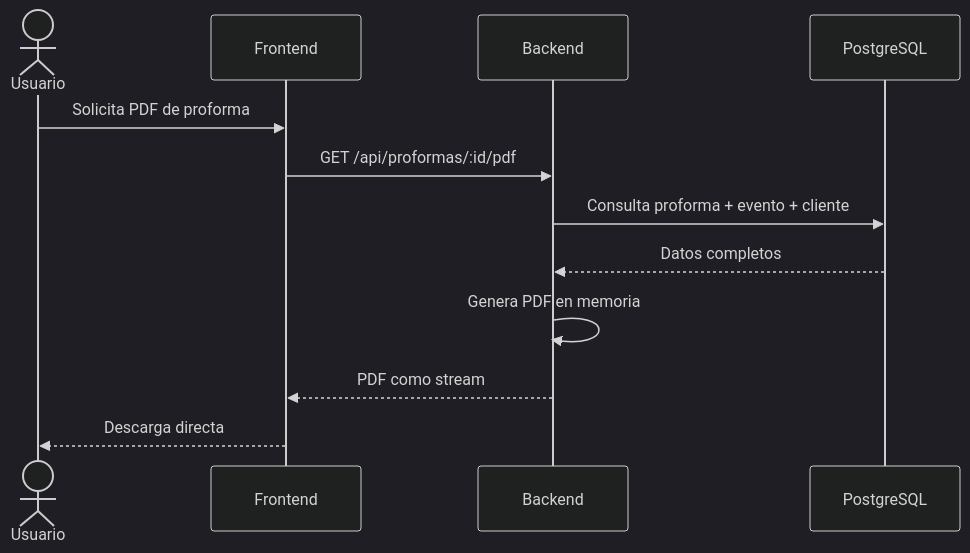
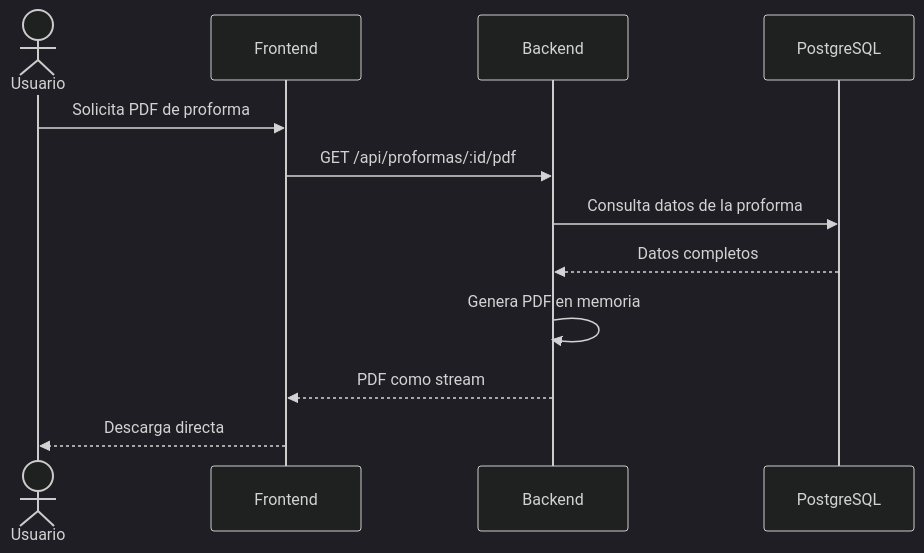
Before and after one commit to atalavera21/MiguelProducciones-GestorEventos: the fifth of 6 diagrams in Diseño-Tecnico.md, drawn with Mermaid (dark theme). The commit also changed other lines of this file, not shown here.

````diff
--- a/Diseño-Tecnico.md
+++ b/Diseño-Tecnico.md
@@ -309,15 +448,15 @@
 ```mermaid
 sequenceDiagram
     actor U as Usuario
     participant FE as Frontend
     participant BE as Backend
     participant DB as PostgreSQL
 
     U->>FE: Solicita PDF de proforma
     FE->>BE: GET /api/proformas/:id/pdf
-    BE->>DB: Consulta proforma + evento + cliente
+    BE->>DB: Consulta datos de la proforma
     DB-->>BE: Datos completos
     BE->>BE: Genera PDF en memoria
     BE-->>FE: PDF como stream
     FE-->>U: Descarga directa
 ```
````
